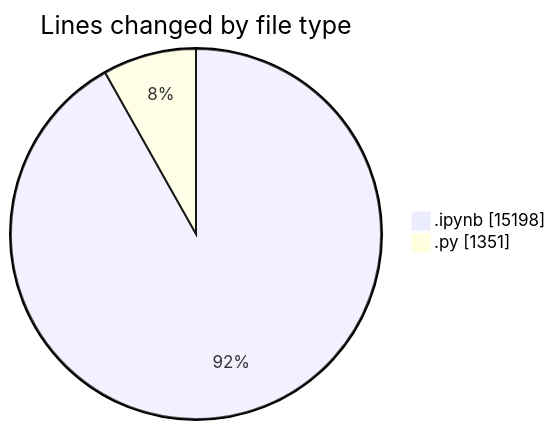
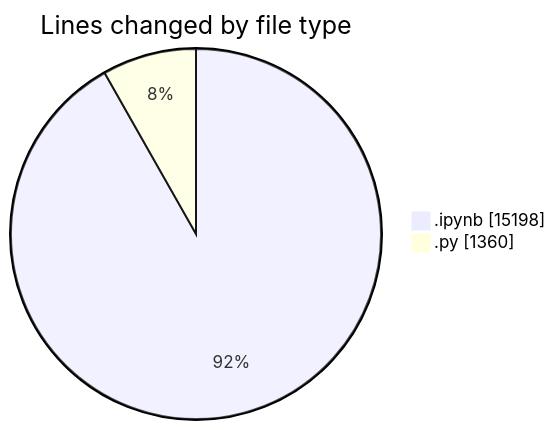
One commit to MatusMokan/code-tracking changed the first of 2 diagrams in 2025-04-10/myws__workspace_/README.md. Above: the diagram before and after it, drawn with Mermaid. The commit also changed other lines of this file and 1 other file, not shown here.

````diff
--- a/2025-04-10/myws__workspace_/README.md
+++ b/2025-04-10/myws__workspace_/README.md
@@ -21,6 +21,6 @@
 ```mermaid
 pie showData
 title Lines changed by file type
 ".ipynb" : 15198
-".py" : 1351
+".py" : 1360
 ```
````
